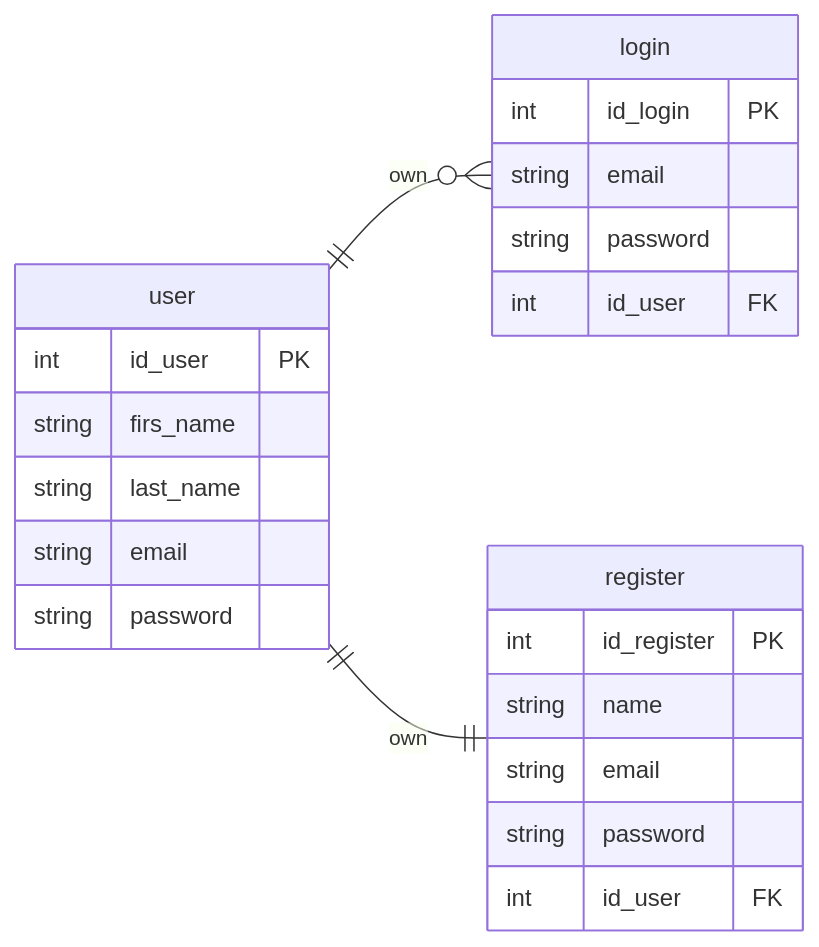
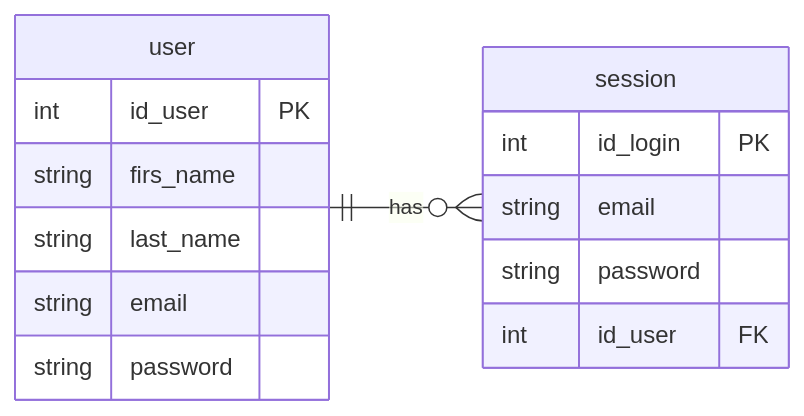
The diagram in README.md (Dwaysetya/fgo24-db-auth-flow), drawn with Mermaid before and after one commit.

Commit message:
feat: update code

````diff
--- a/README.md
+++ b/README.md
@@ -4,32 +4,23 @@
 ```mermaid
 
 erDiagram
 direction LR
-user ||--o{ login :own
-user ||--|| register :own
+user ||--o{ session :has
 
 user{
     int id_user PK
     string firs_name
     string last_name
     string email
     string password
 }
 
-login{
+session{
     int id_login PK
-    string email
-    string password
-    int id_user FK
-}
-
-register{
-    int id_register PK
-    string name
     string email
     string password
     int id_user FK
 }
 
 
 ```
````
